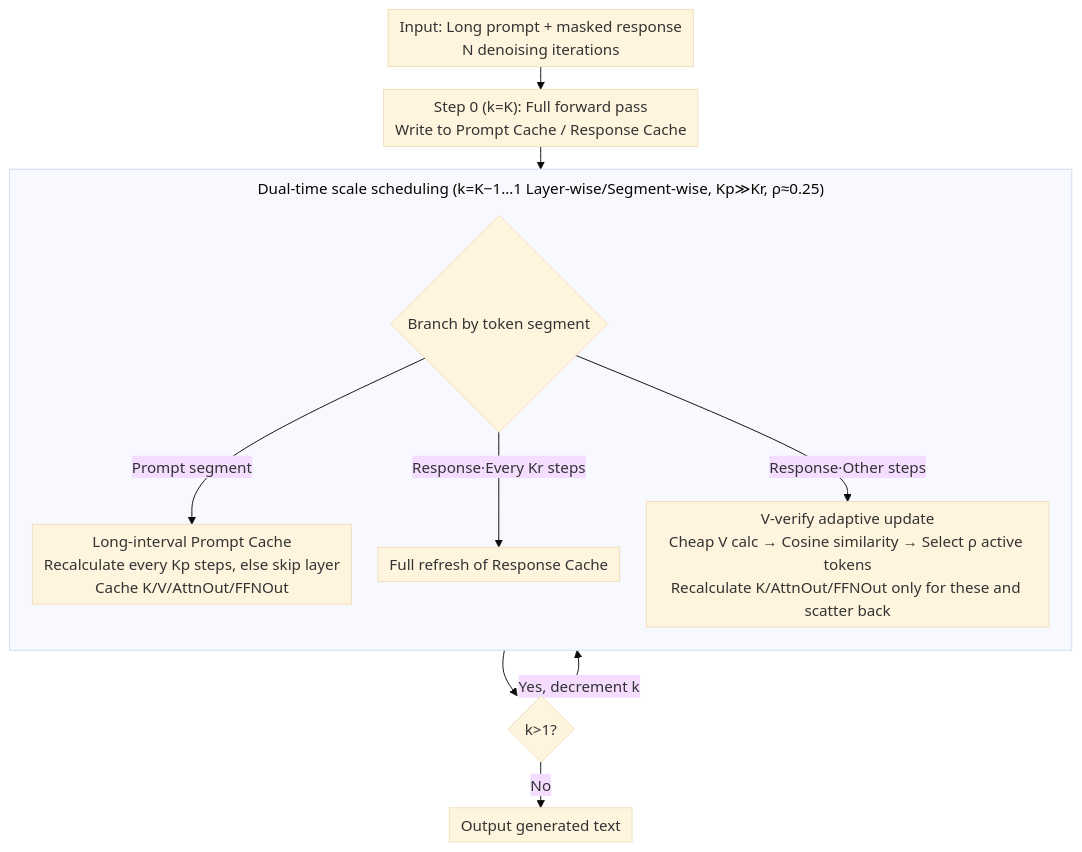
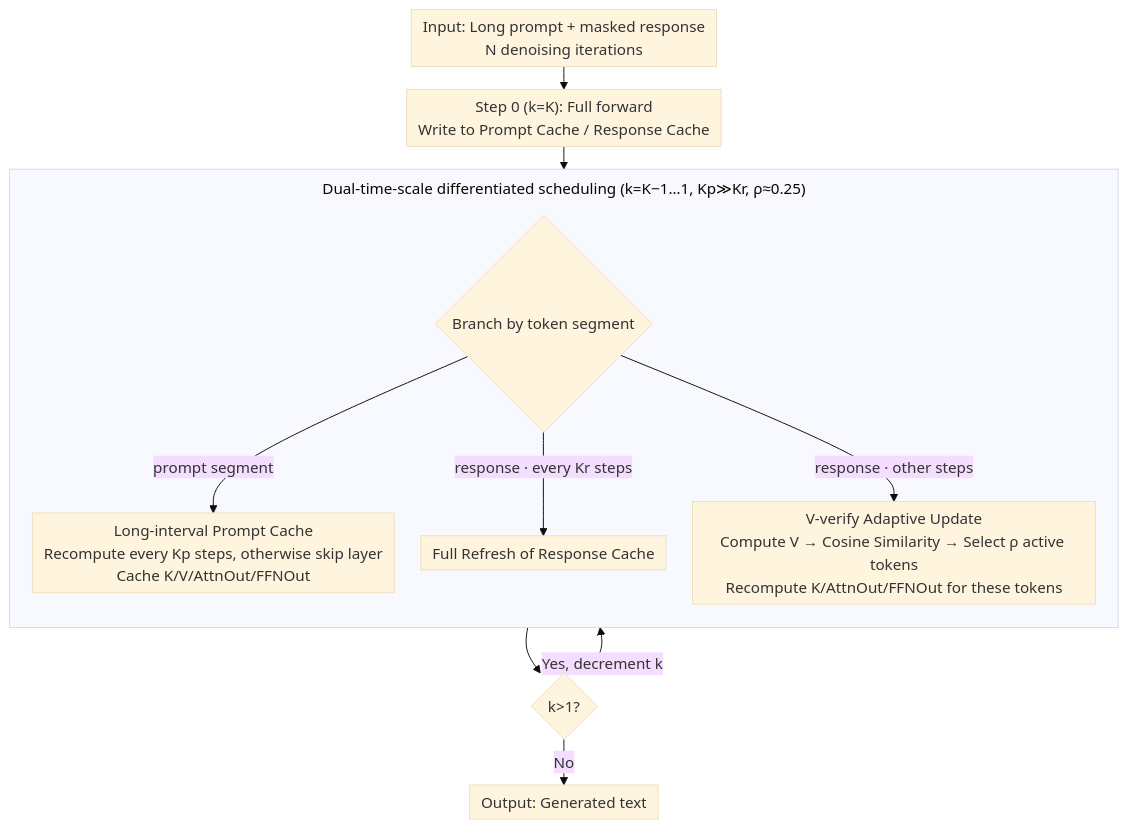
One commit to zhaoyang97/Paper-Notes-en changed the diagram in docs/ICML2026/llm_efficiency/dllm-cache_accelerating_diffusion_large_language_models_with_adaptive_caching.md. Above: the diagram before and after it, drawn with Mermaid (base theme). The commit also changed other lines of this file and 5084 other files, not shown here.

````diff
--- a/docs/ICML2026/llm_efficiency/dllm-cache_accelerating_diffusion_large_language_models_with_adaptive_caching.md
+++ b/docs/ICML2026/llm_efficiency/dllm-cache_accelerating_diffusion_large_language_models_with_adaptive_caching.md
@@ -48,16 +48,16 @@
 ```mermaid
 %%{init: {'flowchart': {'rankSpacing': 24, 'nodeSpacing': 28, 'padding': 6, 'wrappingWidth': 400, 'subGraphTitleMargin': {'top': 8, 'bottom': 16}}}}%%
 flowchart TD
-    A["Input: Long prompt + masked response<br/>N denoising iterations"] --> B["Step 0 (k=K): Full forward pass<br/>Write to Prompt Cache / Response Cache"]
+    A["Input: Long prompt + masked response<br/>N denoising iterations"] --> B["Step 0 (k=K): Full forward<br/>Write to Prompt Cache / Response Cache"]
     B --> S
-    subgraph S["Dual-time scale scheduling (k=K−1…1 Layer-wise/Segment-wise, Kp≫Kr, ρ≈0.25)"]
+    subgraph S["Dual-time-scale differentiated scheduling (k=K−1…1, Kp≫Kr, ρ≈0.25)"]
         direction TB
         C{"Branch by token segment"}
-        C -->|"Prompt segment"| D["Long-interval Prompt Cache<br/>Recalculate every Kp steps, else skip layer<br/>Cache K/V/AttnOut/FFNOut"]
-        C -->|"Response·Every Kr steps"| F["Full refresh of Response Cache"]
-        C -->|"Response·Other steps"| G["V-verify adaptive update<br/>Cheap V calc → Cosine similarity → Select ρ active tokens<br/>Recalculate K/AttnOut/FFNOut only for these and scatter back"]
+        C -->|"prompt segment"| D["Long-interval Prompt Cache<br/>Recompute every Kp steps, otherwise skip layer<br/>Cache K/V/AttnOut/FFNOut"]
+        C -->|"response · every Kr steps"| F["Full Refresh of Response Cache"]
+        C -->|"response · other steps"| G["V-verify Adaptive Update<br/>Compute V → Cosine Similarity → Select ρ active tokens<br/>Recompute K/AttnOut/FFNOut for these tokens"]
     end
     S --> H{"k>1?"}
     H -->|"Yes, decrement k"| S
-    H -->|"No"| I["Output generated text"]
+    H -->|"No"| I["Output: Generated text"]
 ```
````
